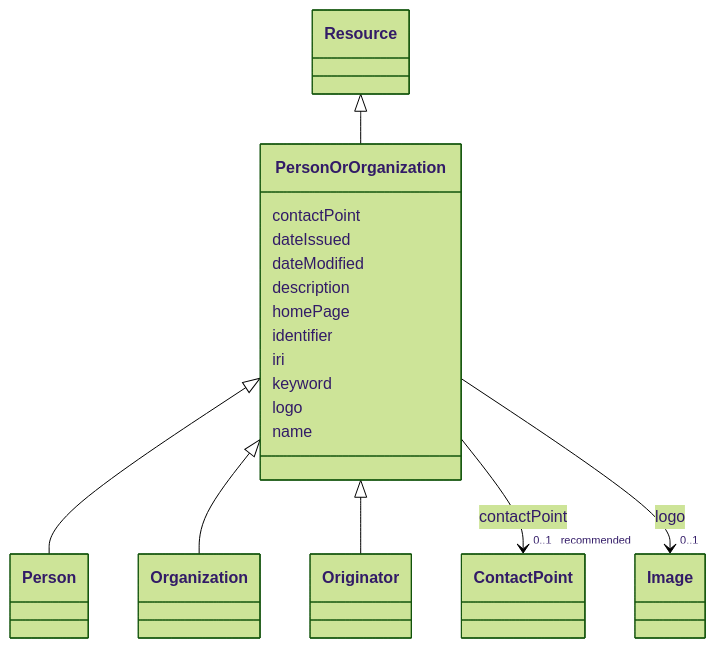
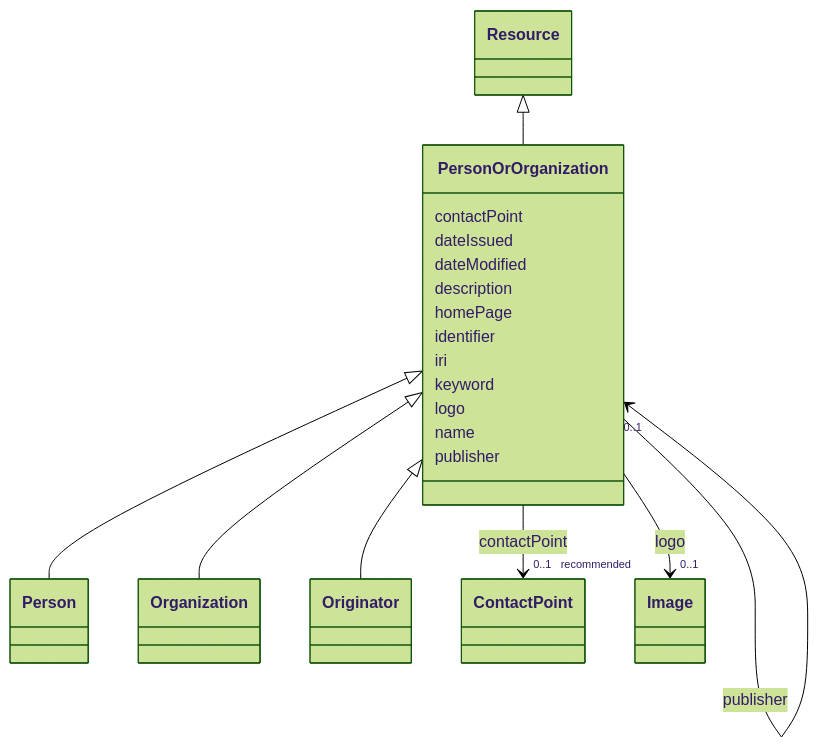
The diagram in models/docs/PersonOrOrganization.md (EVORA-project/evora-ontology), drawn with Mermaid (forest theme) before and after one commit. The commit also changed other lines of this file and 468 other files, not shown here.

````diff
--- a/models/docs/PersonOrOrganization.md
+++ b/models/docs/PersonOrOrganization.md
@@ -19,52 +19,61 @@
 ```mermaid
  classDiagram
     class PersonOrOrganization
     click PersonOrOrganization href "../PersonOrOrganization"
       Resource <|-- PersonOrOrganization
         click Resource href "../Resource"
       
 
       PersonOrOrganization <|-- Person
         click Person href "../Person"
       PersonOrOrganization <|-- Organization
         click Organization href "../Organization"
       PersonOrOrganization <|-- Originator
         click Originator href "../Originator"
       
       
       PersonOrOrganization : contactPoint
         
           
     
     
     PersonOrOrganization --> "0..1 _recommended_" ContactPoint : contactPoint
     click ContactPoint href "../ContactPoint"
 
         
       PersonOrOrganization : dateIssued
         
       PersonOrOrganization : dateModified
         
       PersonOrOrganization : description
         
       PersonOrOrganization : homePage
         
       PersonOrOrganization : identifier
         
       PersonOrOrganization : iri
         
       PersonOrOrganization : keyword
         
       PersonOrOrganization : logo
         
           
     
     
     PersonOrOrganization --> "0..1" Image : logo
     click Image href "../Image"
 
         
       PersonOrOrganization : name
         
+      PersonOrOrganization : publisher
+        
+          
+    
+    
+    PersonOrOrganization --> "0..1" PersonOrOrganization : publisher
+    click PersonOrOrganization href "../PersonOrOrganization"
+
+        
       
 ```
````
